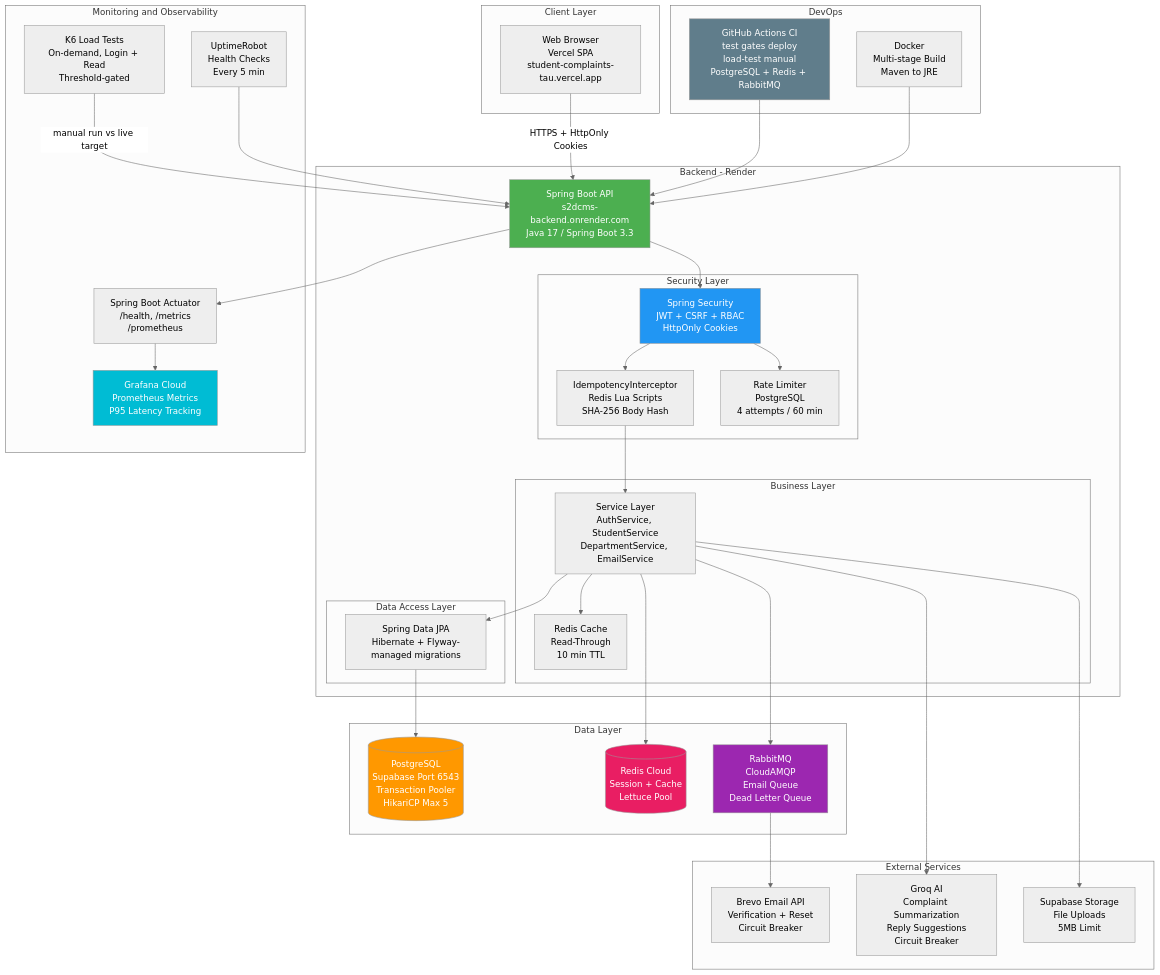
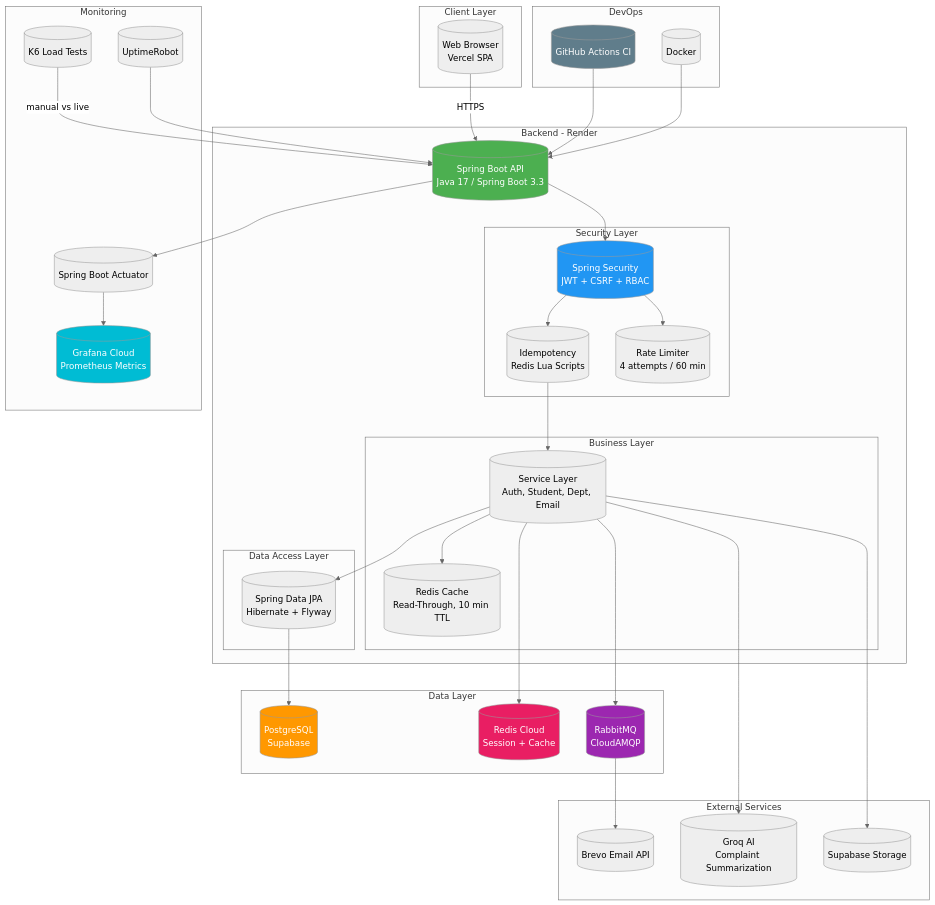
One commit to emmanuel-40/s2dcms-backend changed the first of 2 diagrams in README.md. Above: the diagram before and after it, drawn with Mermaid (neutral theme). The commit also changed other lines of this file, not shown here.

Commit message:
fix: standardize mermaid diagram syntax for reliable GitHub rendering

````diff
--- a/README.md
+++ b/README.md
@@ -32,77 +32,77 @@
 ```mermaid
 flowchart TB
-    subgraph Client_Layer["Client Layer"]
-        Client["Web Browser<br>Vercel SPA<br>student-complaints-tau.vercel.app"]
+    subgraph Client["Client Layer"]
+        C[("Web Browser<br>Vercel SPA")]
     end
 
     subgraph Backend["Backend - Render"]
-        API["Spring Boot API<br>s2dcms-backend.onrender.com<br>Java 17 / Spring Boot 3.3"]
+        API[("Spring Boot API<br>Java 17 / Spring Boot 3.3")]
 
-        subgraph Security_Layer["Security Layer"]
-            Security["Spring Security<br>JWT + CSRF + RBAC<br>HttpOnly Cookies"]
-            Idempotency["IdempotencyInterceptor<br>Redis Lua Scripts<br>SHA-256 Body Hash"]
-            RateLimit["Rate Limiter<br>PostgreSQL<br>4 attempts / 60 min"]
+        subgraph Security["Security Layer"]
+            S[("Spring Security<br>JWT + CSRF + RBAC")]
+            I[("Idempotency<br>Redis Lua Scripts")]
+            R[("Rate Limiter<br>4 attempts / 60 min")]
         end
 
-        subgraph Business_Layer["Business Layer"]
-            Services["Service Layer<br>AuthService, StudentService<br>DepartmentService, EmailService"]
-            Cache["Redis Cache<br>Read-Through<br>10 min TTL"]
+        subgraph Business["Business Layer"]
+            SV[("Service Layer<br>Auth, Student, Dept, Email")]
+            CA[("Redis Cache<br>Read-Through, 10 min TTL")]
         end
 
-        subgraph Data_Access_Layer["Data Access Layer"]
-            JPA["Spring Data JPA<br>Hibernate + Flyway-managed migrations"]
+        subgraph DataAccess["Data Access Layer"]
+            JPA[("Spring Data JPA<br>Hibernate + Flyway")]
         end
     end
 
-    subgraph Data_Layer["Data Layer"]
-        DB[("PostgreSQL<br>Supabase Port 6543<br>Transaction Pooler<br>HikariCP Max 5")]
-        Redis[("Redis Cloud<br>Session + Cache<br>Lettuce Pool")]
-        Queue["RabbitMQ<br>CloudAMQP<br>Email Queue<br>Dead Letter Queue"]
+    subgraph Data["Data Layer"]
+        DB[("PostgreSQL<br>Supabase")]
+        REDIS[("Redis Cloud<br>Session + Cache")]
+        MQ[("RabbitMQ<br>CloudAMQP")]
     end
 
-    subgraph External_Services["External Services"]
-        Email["Brevo Email API<br>Verification + Reset<br>Circuit Breaker"]
-        AI["Groq AI<br>Complaint Summarization<br>Reply Suggestions<br>Circuit Breaker"]
-        Storage["Supabase Storage<br>File Uploads<br>5MB Limit"]
+    subgraph External["External Services"]
+        EMAIL[("Brevo Email API")]
+        AI[("Groq AI<br>Complaint Summarization")]
+        STORE[("Supabase Storage")]
     end
 
-    subgraph Monitoring["Monitoring and Observability"]
-        Grafana["Grafana Cloud<br>Prometheus Metrics<br>P95 Latency Tracking"]
-        Actuator["Spring Boot Actuator<br>/health, /metrics<br>/prometheus"]
-        K6["K6 Load Tests<br>On-demand, Login + Read<br>Threshold-gated"]
-        Uptime["UptimeRobot<br>Health Checks<br>Every 5 min"]
+    subgraph Monitor["Monitoring"]
+        GRAFANA[("Grafana Cloud<br>Prometheus Metrics")]
+        ACTUATOR[("Spring Boot Actuator")]
+        K6[("K6 Load Tests")]
+        UPTIME[("UptimeRobot")]
     end
 
     subgraph DevOps["DevOps"]
-        CI["GitHub Actions CI<br>test gates deploy<br>load-test manual<br>PostgreSQL + Redis + RabbitMQ"]
-        Docker["Docker<br>Multi-stage Build<br>Maven to JRE"]
+        CI[("GitHub Actions CI")]
+        DOCKER[("Docker")]
     end
 
-    Client -->|"HTTPS + HttpOnly Cookies"| API
-    API --> Security
-    Security --> Idempotency
-    Security --> RateLimit
-    Idempotency --> Services
-    Services --> Cache
-    Services --> JPA
+    C -->|HTTPS| API
+    API --> S
+    S --> I
+    S --> R
+    I --> SV
+    SV --> CA
+    SV --> JPA
     JPA --> DB
-    Services --> Redis
-    Services --> Queue
-    Queue --> Email
-    Services --> AI
-    Services --> Storage
-    API --> Actuator
-    Actuator --> Grafana
-    K6 -->|"manual run vs live target"| API
-    Uptime --> API
+    SV --> REDIS
+    SV --> MQ
+    MQ --> EMAIL
+    SV --> AI
+    SV --> STORE
+    API --> ACTUATOR
+    ACTUATOR --> GRAFANA
+    K6 -->|manual vs live| API
+    UPTIME --> API
     CI --> API
-    Docker --> API
+    DOCKER --> API
 
     style API fill:#4CAF50,color:#fff
-    style Security fill:#2196F3,color:#fff
+    style S fill:#2196F3,color:#fff
     style DB fill:#FF9800,color:#fff
-    style Redis fill:#E91E63,color:#fff
-    style Queue fill:#9C27B0,color:#fff
-    style Grafana fill:#00BCD4,color:#fff
+    style REDIS fill:#E91E63,color:#fff
+    style MQ fill:#9C27B0,color:#fff
+    style GRAFANA fill:#00BCD4,color:#fff
     style CI fill:#607D8B,color:#fff
 ```
````
